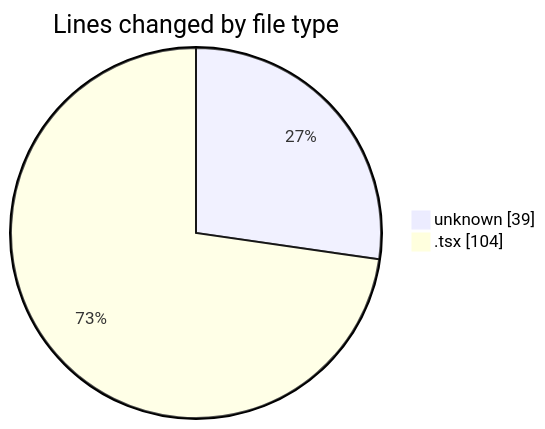
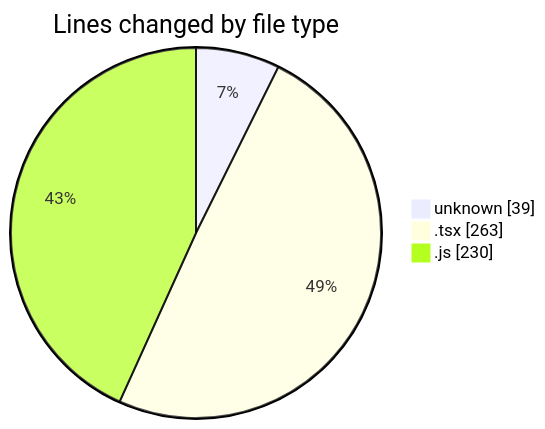
The first of 2 diagrams in 2025-06-02/cda/README.md (momahboobian/code-tracking), drawn with Mermaid before and after one commit. The commit also changed other lines of this file and 1 other file, not shown here.

````diff
--- a/2025-06-02/cda/README.md
+++ b/2025-06-02/cda/README.md
@@ -21,6 +24,7 @@
 ```mermaid
 pie showData
 title Lines changed by file type
 "unknown" : 39
-".tsx" : 104
+".tsx" : 263
+".js" : 230
 ```
````
